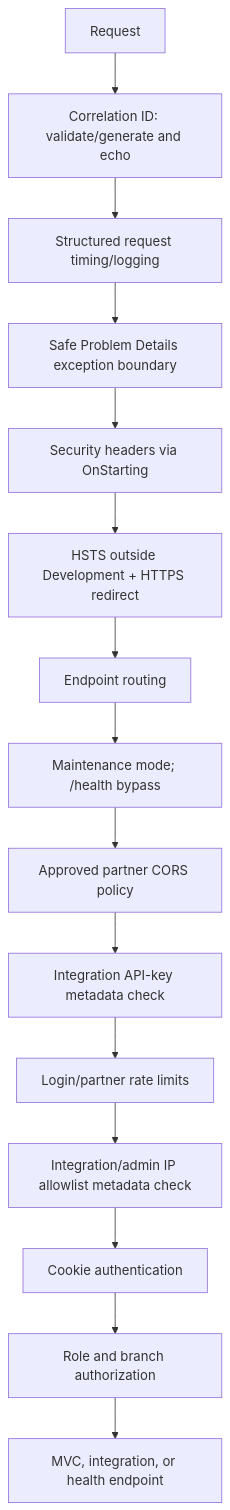
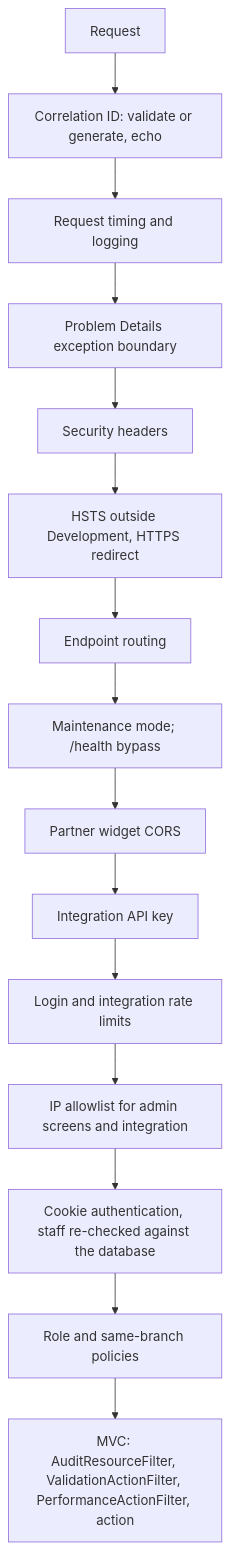
Before and after one commit to NarendraDappili/ApexPostLogisticsRepo: the seventh of 7 diagrams in DESIGN.md, drawn with Mermaid. The commit also changed other lines of this file and 24 other files, not shown here.

````diff
--- a/DESIGN.md
+++ b/DESIGN.md
@@ -466,17 +425,17 @@
 ```mermaid
 flowchart TD
-    Request --> Correlation[Correlation ID: validate/generate and echo]
-    Correlation --> Timing[Structured request timing/logging]
-    Timing --> Errors[Safe Problem Details exception boundary]
-    Errors --> Headers[Security headers via OnStarting]
-    Headers --> HTTPS[HSTS outside Development + HTTPS redirect]
+    Request --> Correlation[Correlation ID: validate or generate, echo]
+    Correlation --> Timing[Request timing and logging]
+    Timing --> Errors[Problem Details exception boundary]
+    Errors --> Headers[Security headers]
+    Headers --> HTTPS[HSTS outside Development, HTTPS redirect]
     HTTPS --> Routing[Endpoint routing]
     Routing --> Maintenance[Maintenance mode; /health bypass]
-    Maintenance --> CORS[Approved partner CORS policy]
-    CORS --> ApiKey[Integration API-key metadata check]
-    ApiKey --> Limits[Login/partner rate limits]
-    Limits --> IP[Integration/admin IP allowlist metadata check]
-    IP --> Cookie[Cookie authentication]
-    Cookie --> Authz[Role and branch authorization]
-    Authz --> Endpoint[MVC, integration, or health endpoint]
+    Maintenance --> CORS[Partner widget CORS]
+    CORS --> ApiKey[Integration API key]
+    ApiKey --> Limits[Login and integration rate limits]
+    Limits --> IP[IP allowlist for admin screens and integration]
+    IP --> Cookie[Cookie authentication, staff re-checked against the database]
+    Cookie --> Authz[Role and same-branch policies]
+    Authz --> Mvc[MVC: AuditResourceFilter, ValidationActionFilter, PerformanceActionFilter, action]
 ```
````
